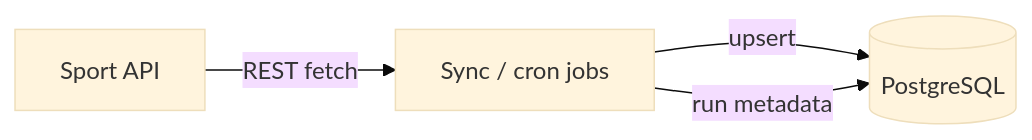
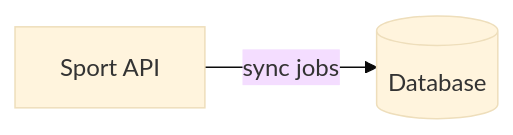
One commit to LorenzoInc99/x2odds2026-engineering-showcase changed the first of 2 diagrams in docs/00-overview.md. Above: the diagram before and after it, drawn with Mermaid (base theme). The commit also changed other lines of this file and 8 other files, not shown here.

````diff
--- a/docs/00-overview.md
+++ b/docs/00-overview.md
@@ -30,6 +23,4 @@
 ```mermaid
 flowchart LR
-  S[Sport API] -->|REST fetch| J[Sync / cron jobs]
-  J -->|upsert| DB[(PostgreSQL)]
-  J -->|run metadata| DB
+  S[Sport API] -->|sync jobs| DB[(Database)]
 ```
````
